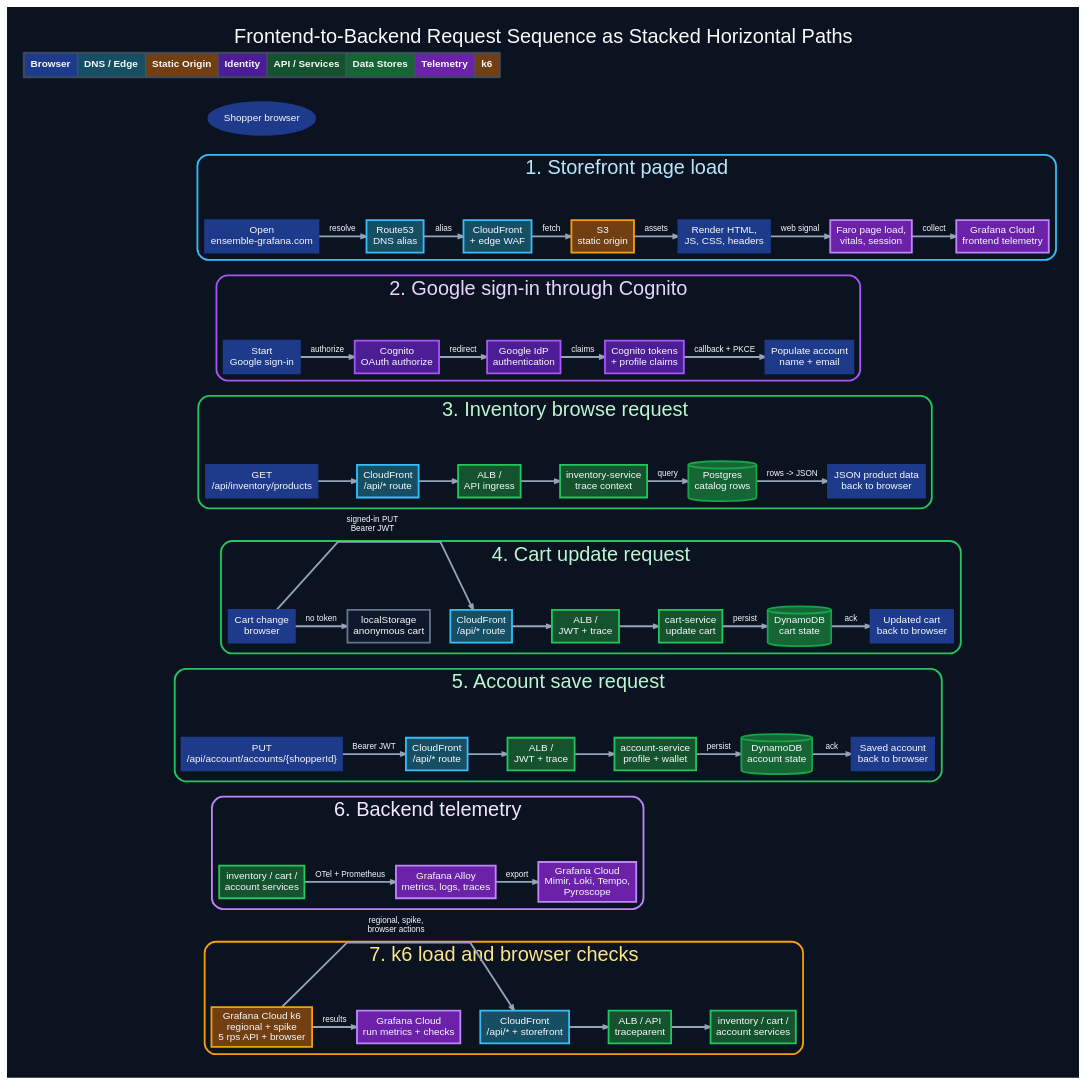
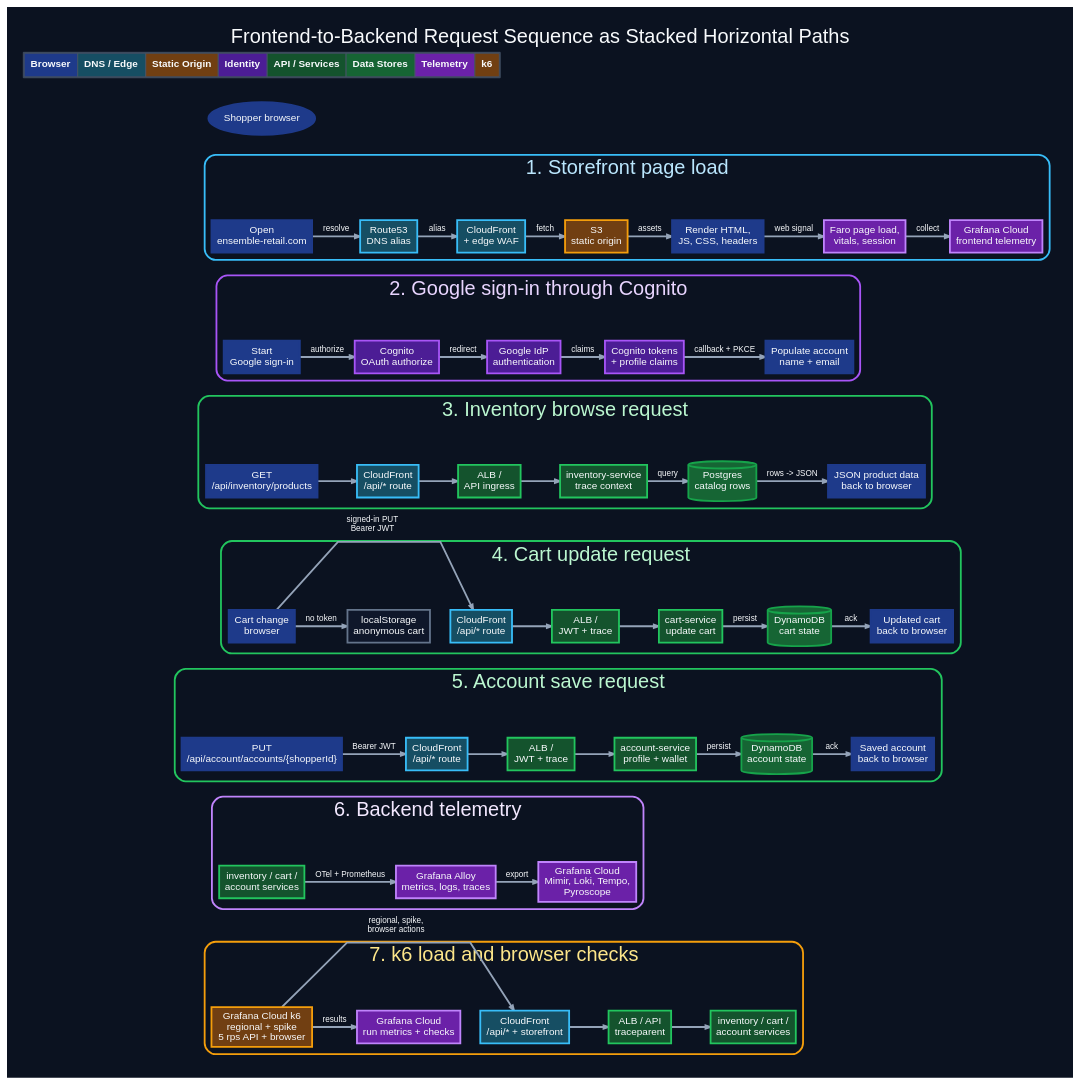
Before and after one commit to orenlion1/ensemble-retail: the second of 4 diagrams in DIAGRAMS.md, drawn with Graphviz. The commit also changed other lines of this file and 92 other files, not shown here.

```diff
--- a/DIAGRAMS.md
+++ b/DIAGRAMS.md
@@ -186,7 +186,7 @@
     color="#38bdf8";
     fontcolor="#bae6fd";
     style="rounded,setlinewidth(2)";
-    static_browser [label="Open\nensemble-grafana.com", fillcolor="#1e3a8a", color="#1e3a8a", group=c1];
+    static_browser [label="Open\nensemble-retail.com", fillcolor="#1e3a8a", color="#1e3a8a", group=c1];
     static_dns [label="Route53\nDNS alias", fillcolor="#164e63", color="#38bdf8", group=c2];
     static_cf [label="CloudFront\n+ edge WAF", fillcolor="#164e63", color="#38bdf8", group=c3];
     static_s3 [label="S3\nstatic origin", fillcolor="#713f12", color="#f59e0b", group=c4];
```
